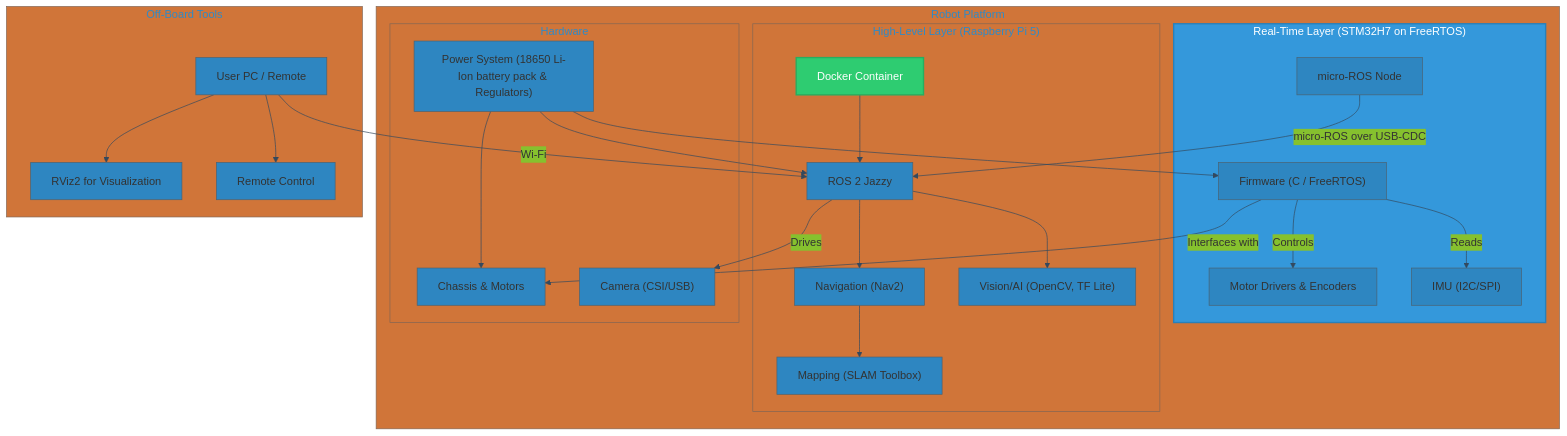
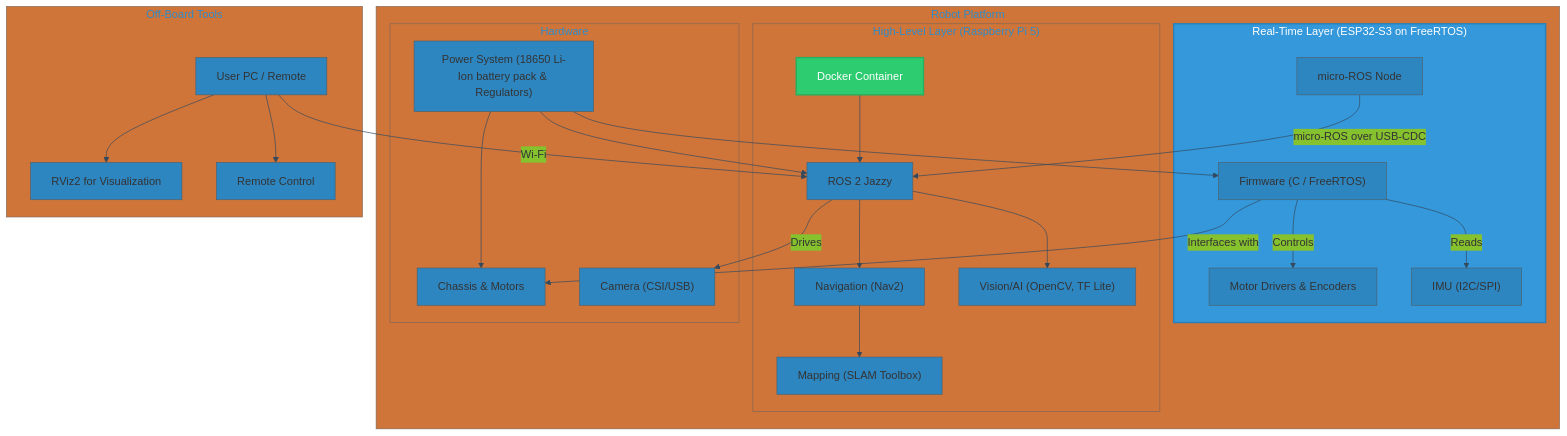
One commit to exysta/TheFirstBorn_Robot changed the diagram in README.md. Above: the diagram before and after it, drawn with Mermaid. The commit also changed other lines of this file and 4 other files, not shown here.

`````diff
--- a/README.md
+++ b/README.md
@@ -55,49 +55,49 @@
 ```mermaid
 %%{init: {"theme": "base", "themeVariables": {"primaryColor": "#2E86C1", "lineColor": "#34495E", "textColor": "#212F3D"}}}%%
 graph TD
     subgraph Robot_Platform["Robot Platform"]
-        subgraph RTL["Real-Time Layer (STM32H7 on FreeRTOS)"]
+        subgraph RTL["Real-Time Layer (ESP32-S3 on FreeRTOS)"]
             FIRMWARE["Firmware (C / FreeRTOS)"]
             MICROS["micro-ROS Node"]
             DRIVERS["Motor Drivers & Encoders"]
             IMU["IMU (I2C/SPI)"]
             FIRMWARE -->|Controls| DRIVERS
             FIRMWARE -->|Reads| IMU
         end
 
         subgraph HLL["High-Level Layer (Raspberry Pi 5)"]
             DOCKER_CONTAINER["Docker Container"]
             ROS2["ROS 2 Jazzy"]
             NAV2["Navigation (Nav2)"]
             SLAM["Mapping (SLAM Toolbox)"]
             VISION["Vision/AI (OpenCV, TF Lite)"]
             DOCKER_CONTAINER --> ROS2 --> NAV2 --> SLAM
             ROS2 --> VISION
         end
 
         subgraph HW["Hardware"]
             POWER["Power System (18650 Li-Ion battery pack & Regulators)"]
             CHASSIS["Chassis & Motors"]
             CAMERA["Camera (CSI/USB)"]
         end
 
         MICROS -->|micro-ROS over USB-CDC| ROS2
         ROS2 -->|Drives| CAMERA
         FIRMWARE -->|Interfaces with| CHASSIS
         POWER --> FIRMWARE
         POWER --> ROS2
         POWER --> CHASSIS
     end
 
     subgraph Off_Board["Off-Board Tools"]
         USER_PC["User PC / Remote"]
         RVIZ["RViz2 for Visualization"]
         TELEOP["Remote Control"]
         USER_PC -->|Wi-Fi| ROS2
         USER_PC --> RVIZ
         USER_PC --> TELEOP
     end
 
     style DOCKER_CONTAINER fill:#2ECC71,stroke:#27AE60,stroke-width:2px,color:#fff
     style RTL fill:#3498DB,stroke:#2980B9,stroke-width:2px,color:#fff
-```
+````
`````
